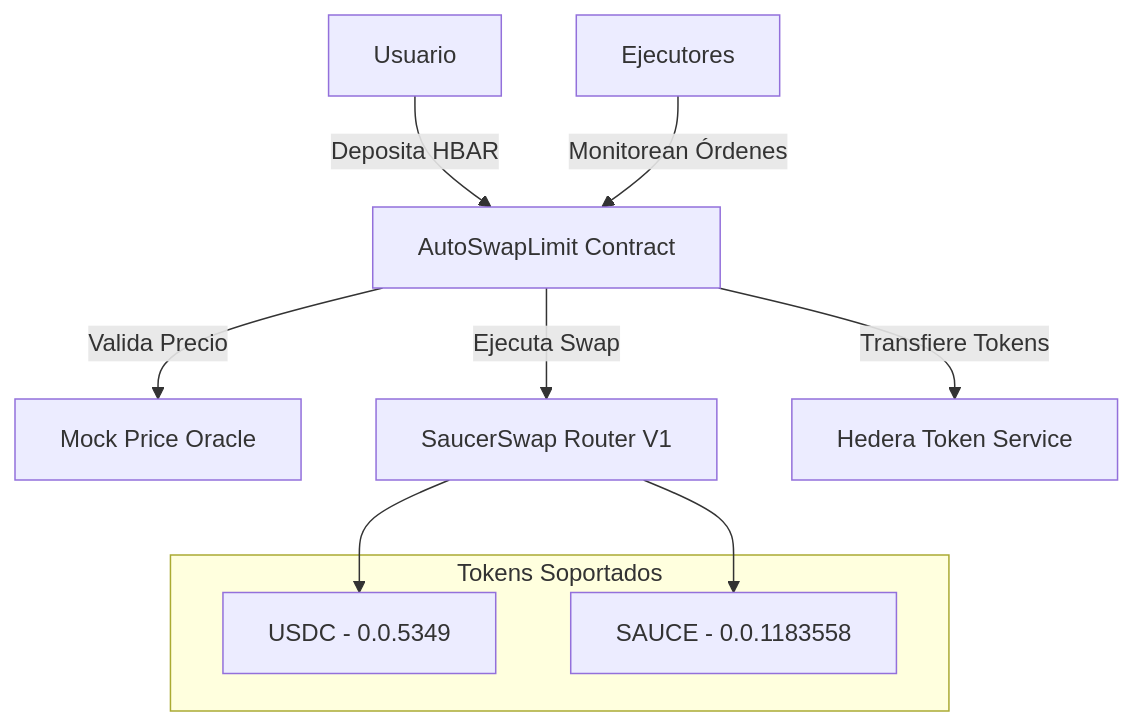
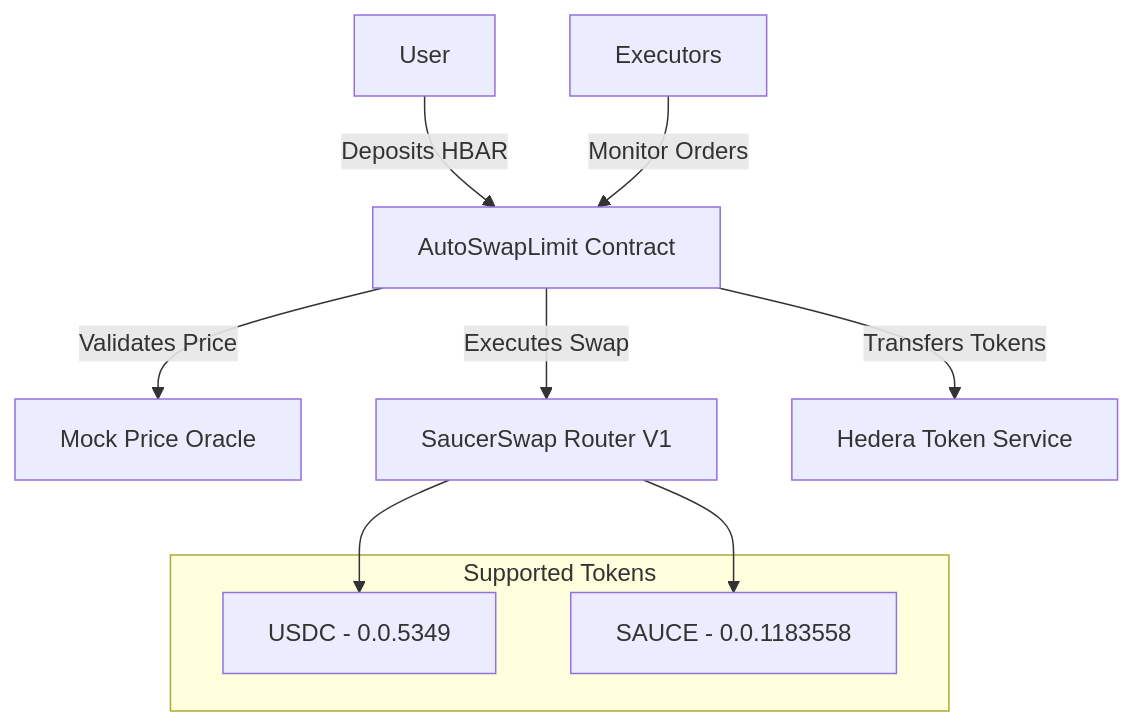
One commit to rofergon/AutomationSwapLimit changed the diagram in README.md. Above: the diagram before and after it, drawn with Mermaid. The commit also changed other lines of this file, not shown here.

Commit message:
Update README.md to enhance clarity and accessibility by translating sections from Spanish to English, improving feature descriptions, installation instructions, and user flow. Ensure consistency in terminology and formatting throughout the document.

````diff
--- a/README.md
+++ b/README.md
@@ -21,16 +21,16 @@
 ```mermaid
 graph TB
-    U[Usuario] -->|Deposita HBAR| AS[AutoSwapLimit Contract]
-    AS -->|Valida Precio| O[Mock Price Oracle]
-    AS -->|Ejecuta Swap| SS[SaucerSwap Router V1]
-    AS -->|Transfiere Tokens| HTS[Hedera Token Service]
-    E[Ejecutores] -->|Monitorean Órdenes| AS
+    U[User] -->|Deposits HBAR| AS[AutoSwapLimit Contract]
+    AS -->|Validates Price| O[Mock Price Oracle]
+    AS -->|Executes Swap| SS[SaucerSwap Router V1]
+    AS -->|Transfers Tokens| HTS[Hedera Token Service]
+    E[Executors] -->|Monitor Orders| AS
     
-    subgraph "Tokens Soportados"
+    subgraph "Supported Tokens"
         USDC[USDC - 0.0.5349]
         SAUCE[SAUCE - 0.0.1183558]
     end
     
     SS --> USDC
     SS --> SAUCE
 ```
````
